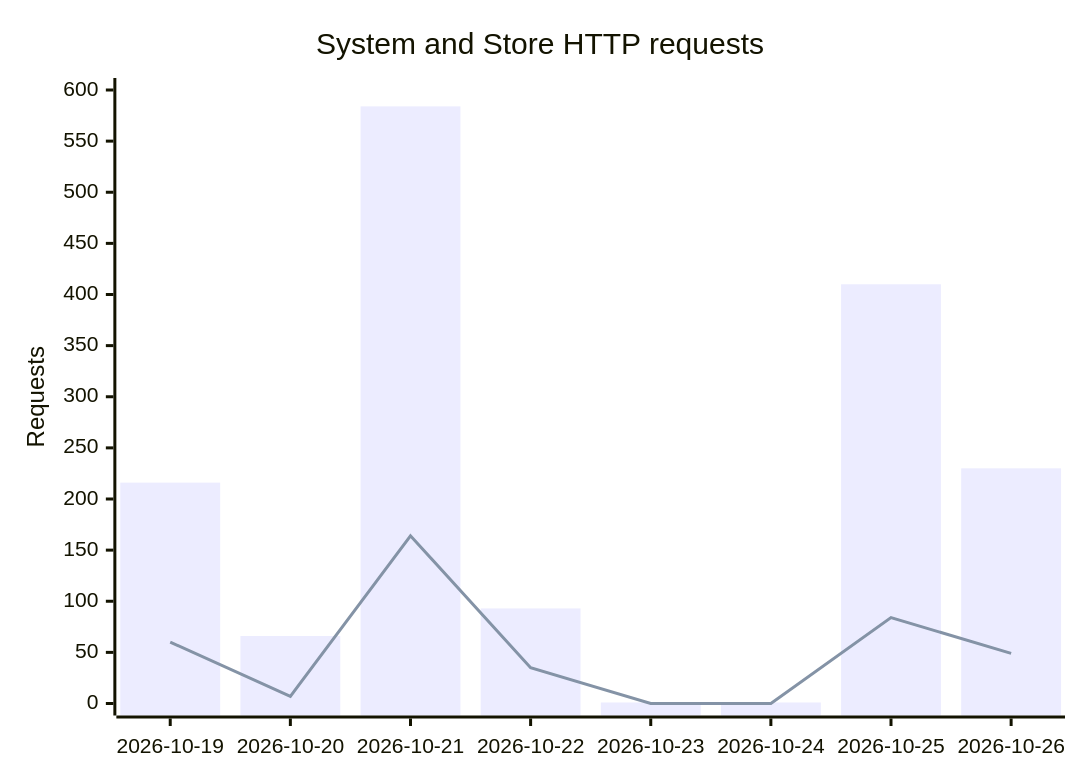
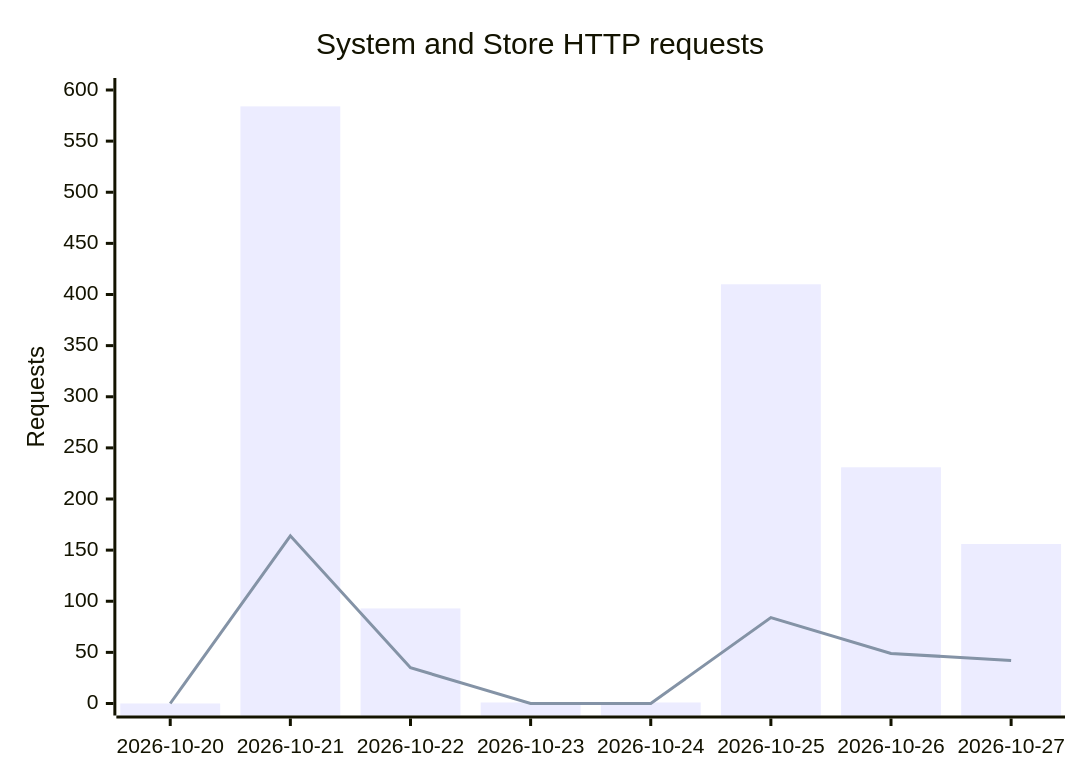
The diagram in APPLICATION-ACTIVITY.md (GeorgePlattDemo/3d-solutions-program), drawn with Mermaid before and after one commit. The commit also changed other lines of this file and 2 other files, not shown here.

````diff
--- a/APPLICATION-ACTIVITY.md
+++ b/APPLICATION-ACTIVITY.md
@@ -9,8 +9,8 @@
 ```mermaid
 xychart-beta
     title "System and Store HTTP requests"
-    x-axis ["2026-10-19","2026-10-20","2026-10-21","2026-10-22","2026-10-23","2026-10-24","2026-10-25","2026-10-26"]
+    x-axis ["2026-10-20","2026-10-21","2026-10-22","2026-10-23","2026-10-24","2026-10-25","2026-10-26","2026-10-27"]
     y-axis "Requests" 0 --> 600
-    bar [216,66,584,93,1,1,410,230]
-    line [60,7,164,35,0,0,84,49]
+    bar [0,584,93,1,1,410,231,156]
+    line [0,164,35,0,0,84,49,42]
 ```
````
